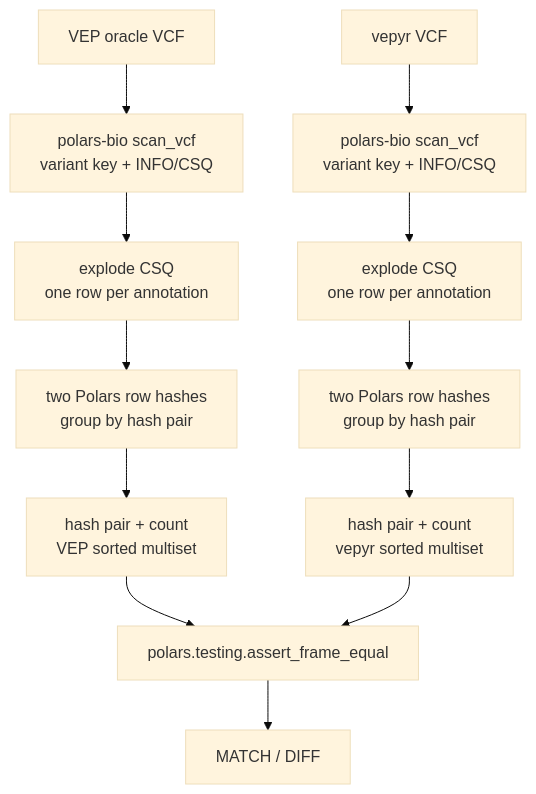
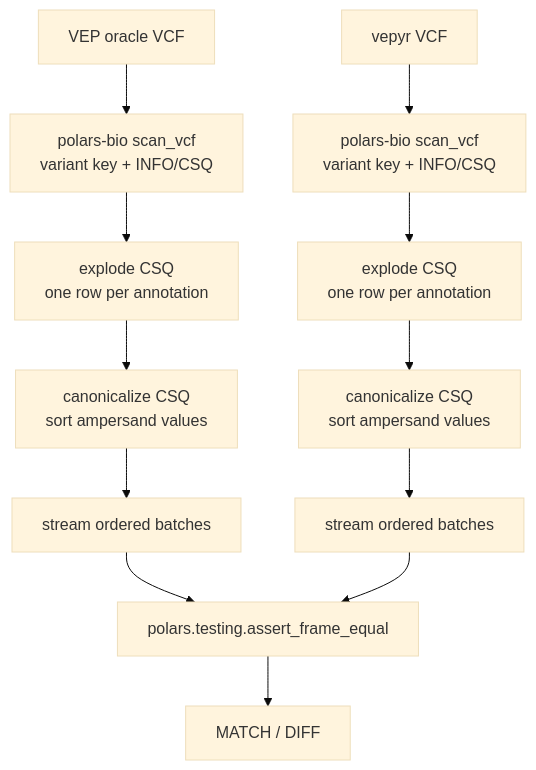
Before and after one commit to biodatageeks/vepyr: the diagram in e2e-testing/scripts/concordance/data_frame/README.md, drawn with Mermaid (base theme). The commit also changed other lines of this file and 3 other files, not shown here.

````diff
--- a/e2e-testing/scripts/concordance/data_frame/README.md
+++ b/e2e-testing/scripts/concordance/data_frame/README.md
@@ -83,23 +77,24 @@
 ```mermaid
 flowchart TD
     vep[VEP oracle VCF]
     vepyr[vepyr VCF]
 
     scan1[polars-bio scan_vcf<br/>variant key + INFO/CSQ]
     scan2[polars-bio scan_vcf<br/>variant key + INFO/CSQ]
 
     explode1[explode CSQ<br/>one row per annotation]
     explode2[explode CSQ<br/>one row per annotation]
 
-    hash1[two Polars row hashes<br/>group by hash pair]
-    hash2[two Polars row hashes<br/>group by hash pair]
+    canon1[canonicalize CSQ<br/>sort ampersand values]
+    canon2[canonicalize CSQ<br/>sort ampersand values]
 
-    multiset1[hash pair + count<br/>VEP sorted multiset]
-    multiset2[hash pair + count<br/>vepyr sorted multiset]
+    batches1[stream ordered batches]
+    batches2[stream ordered batches]
+
     compare[polars.testing.assert_frame_equal]
     result[MATCH / DIFF]
 
-    vep --> scan1 --> explode1 --> hash1 --> multiset1 --> compare
-    vepyr --> scan2 --> explode2 --> hash2 --> multiset2 --> compare
+    vep --> scan1 --> explode1 --> canon1 --> batches1 --> compare
+    vepyr --> scan2 --> explode2 --> canon2 --> batches2 --> compare
     compare --> result
 ```
````
